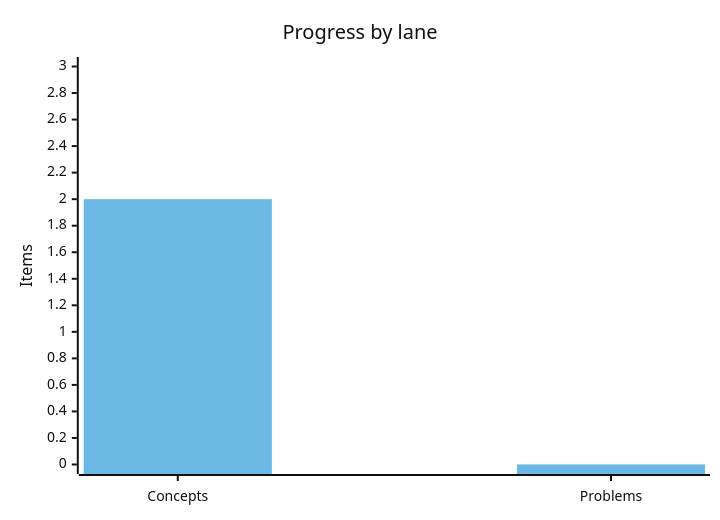
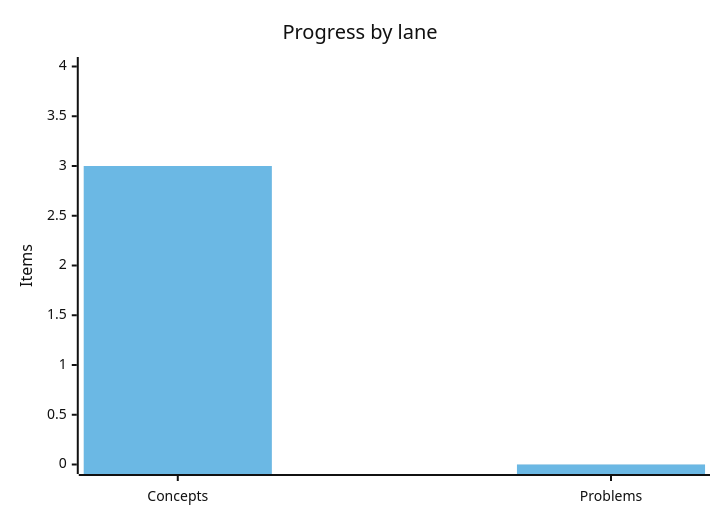
Before and after one commit to mauli-waghmore/system-design-notes: the diagram in README.md, drawn with Mermaid (neutral theme). The commit also changed other lines of this file and 2 other files, not shown here.

````diff
--- a/README.md
+++ b/README.md
@@ -32,9 +32,9 @@
 ```mermaid
 %%{init: {"xyChart": {"plotColorPalette": ["#0969da", "#3DA639"]}}}%%
 xychart-beta
     title "Progress by lane"
     x-axis ["Concepts", "Problems"]
-    y-axis "Items" 0 --> 3
-    bar [2, 0]
-    bar [2, 0]
+    y-axis "Items" 0 --> 4
+    bar [3, 0]
+    bar [3, 0]
 ```
````
